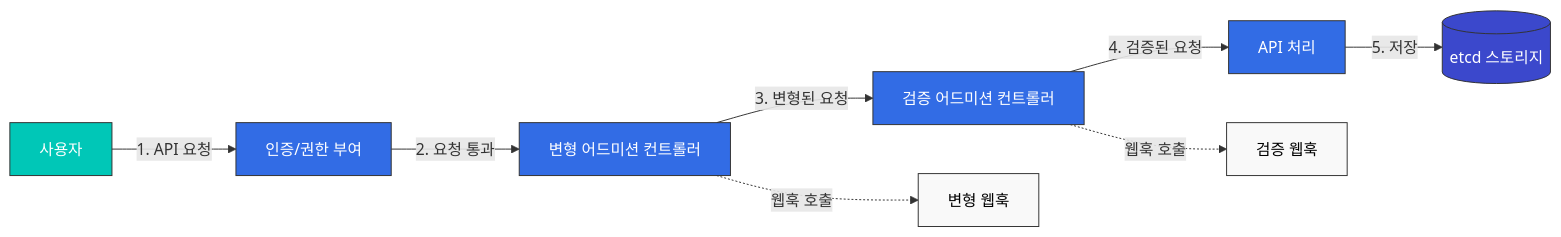
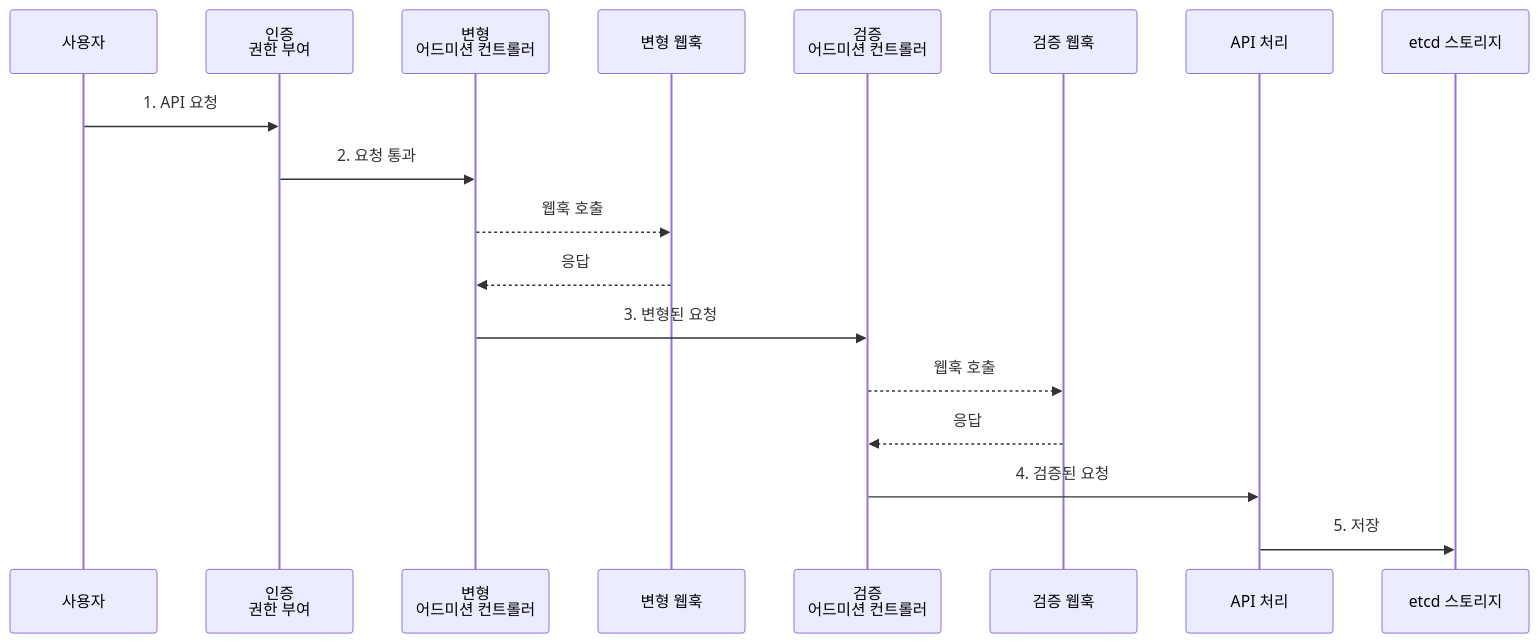
The fourth of 7 diagrams in ko/core/11-extending-kubernetes.md (Atom-oh/kubernetes-docs), drawn with Mermaid before and after one commit. The commit also changed 27 other files, not shown here.

````diff
--- a/ko/core/11-extending-kubernetes.md
+++ b/ko/core/11-extending-kubernetes.md
@@ -427,21 +427,21 @@
 ```mermaid
-flowchart LR
-    User[사용자] --> |1. API 요청| Auth[인증/권한 부여]
-    Auth --> |2. 요청 통과| MAC[변형 어드미션 컨트롤러]
-    MAC --> |3. 변형된 요청| VAC[검증 어드미션 컨트롤러]
-    VAC --> |4. 검증된 요청| API[API 처리]
-    API --> |5. 저장| STOR[(etcd 스토리지)]
-    
-    MAC -.-> |웹훅 호출| MWH[변형 웹훅]
-    VAC -.-> |웹훅 호출| VWH[검증 웹훅]
-    
-    classDef k8sComponent fill:#326CE5,stroke:#333,stroke-width:1px,color:white;
-    classDef userApp fill:#00C7B7,stroke:#333,stroke-width:1px,color:white;
-    classDef dataStore fill:#3B48CC,stroke:#333,stroke-width:1px,color:white;
-    classDef default fill:#f9f9f9,stroke:#333,stroke-width:1px,color:black;
-    
-    class Auth,MAC,VAC,API k8sComponent;
-    class User userApp;
-    class STOR dataStore;
-    class MWH,VWH default;
+sequenceDiagram
+    participant User as 사용자
+    participant Auth as 인증<br/>권한 부여
+    participant MAC as 변형<br/>어드미션 컨트롤러
+    participant MWH as 변형 웹훅
+    participant VAC as 검증<br/>어드미션 컨트롤러
+    participant VWH as 검증 웹훅
+    participant API as API 처리
+    participant STOR as etcd 스토리지
+
+    User->>Auth: 1. API 요청
+    Auth->>MAC: 2. 요청 통과
+    MAC-->>MWH: 웹훅 호출
+    MWH-->>MAC: 응답
+    MAC->>VAC: 3. 변형된 요청
+    VAC-->>VWH: 웹훅 호출
+    VWH-->>VAC: 응답
+    VAC->>API: 4. 검증된 요청
+    API->>STOR: 5. 저장
 ```
````
